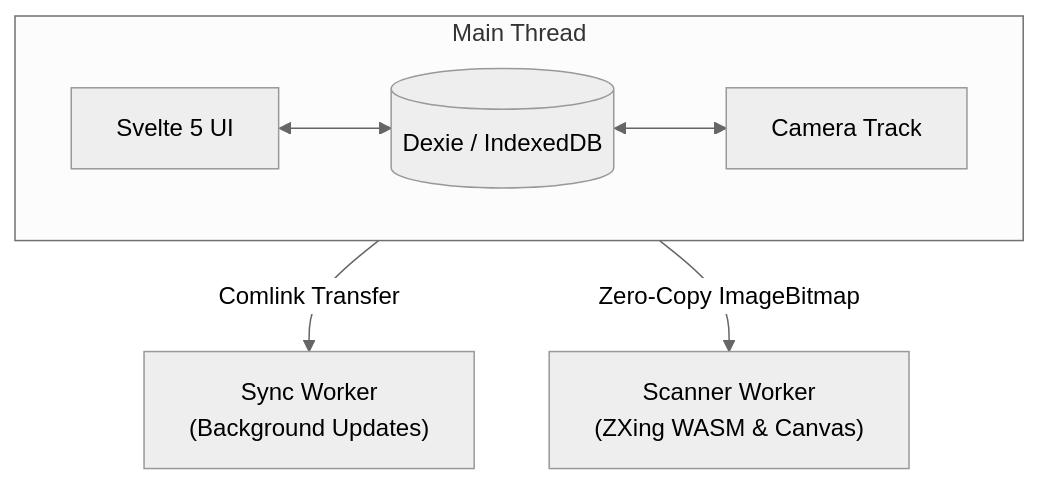
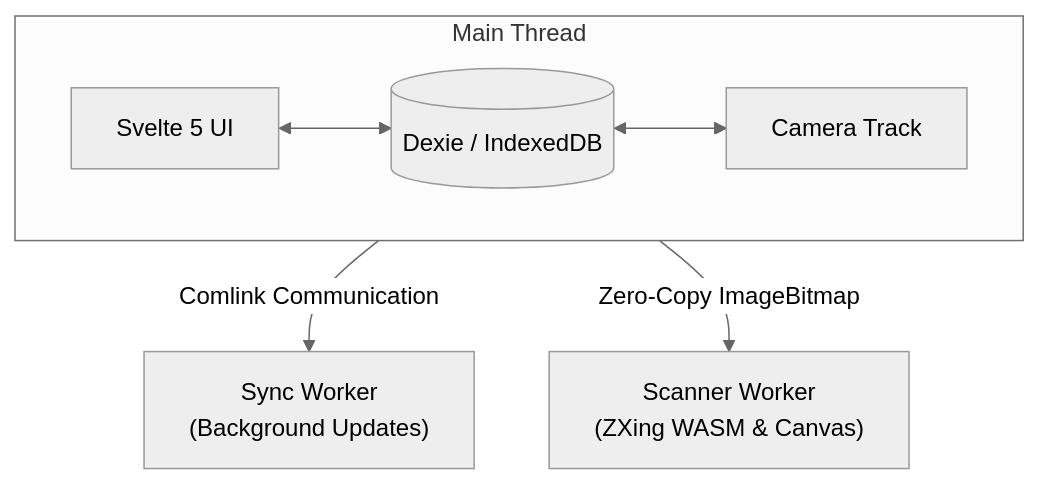
The diagram in src/content/blog/lego/l-scan-lego-scanner.md (le0pard/le0pard.github.io), drawn with Mermaid (neutral theme) before and after one commit.

````diff
--- a/src/content/blog/lego/l-scan-lego-scanner.md
+++ b/src/content/blog/lego/l-scan-lego-scanner.md
@@ -37,14 +37,14 @@
 ```mermaid
 flowchart TD
     subgraph Main["Main Thread"]
         direction LR
         UI["Svelte 5 UI"] <--> DB[("Dexie / IndexedDB")]
         DB <--> Cam["Camera Track"]
     end
 
     Sync["Sync Worker<br>(Background Updates)"]
     Scanner["Scanner Worker<br>(ZXing WASM & Canvas)"]
 
-    UI -->|Comlink Transfer| Sync
+    UI -->|Comlink Communication| Sync
     Cam -->|Zero-Copy ImageBitmap| Scanner
 ```
````
